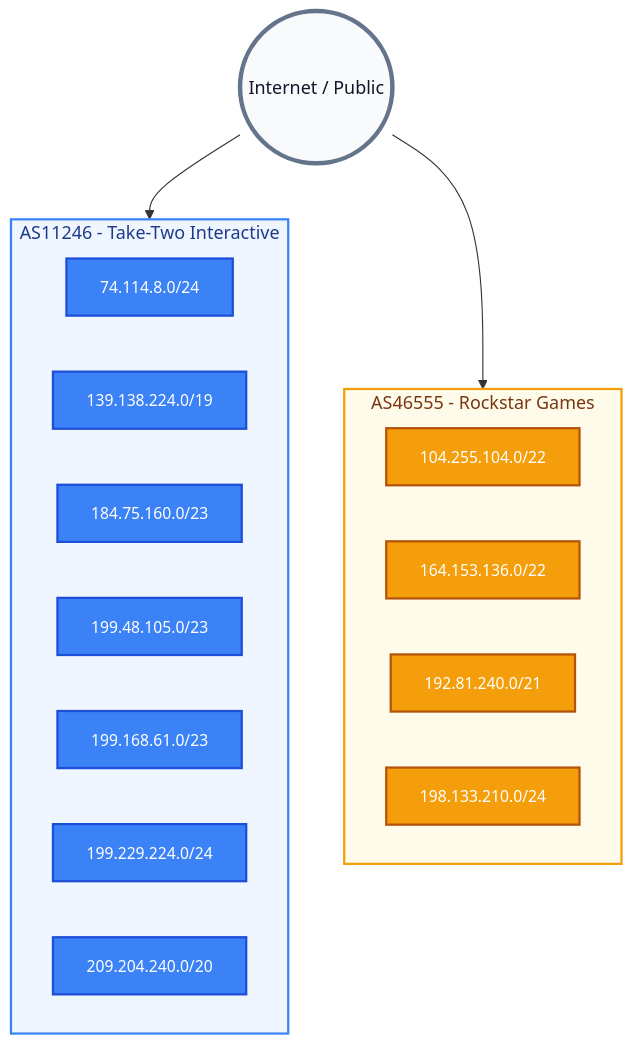
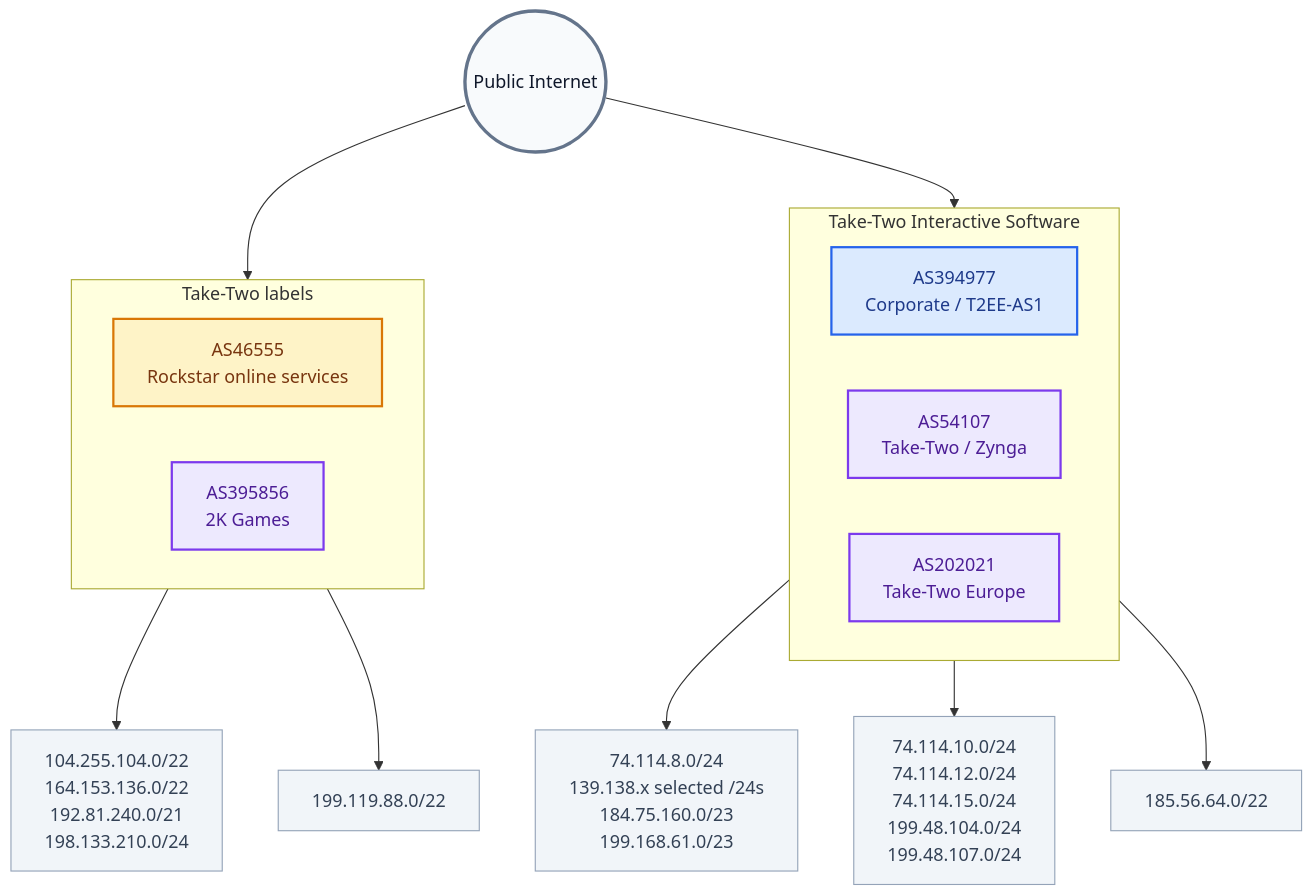
The diagram in README.md (ynwglobal/Take-Two), drawn with Mermaid before and after one commit. The commit also changed other lines of this file, not shown here.

````diff
--- a/README.md
+++ b/README.md
@@ -152,35 +171,32 @@
 ```mermaid
-graph TB
-    %% Global Styles
-    classDef internet fill:#f8fafc,stroke:#64748b,stroke-width:4px,color:#0f172a,font-size:16px;
-    classDef t2 fill:#3b82f6,stroke:#1d4ed8,stroke-width:2px,color:#ffffff,font-size:14px;
-    classDef rsg fill:#f59e0b,stroke:#b45309,stroke-width:2px,color:#ffffff,font-size:14px;
+flowchart TB
+    Internet((Public Internet)):::internet
 
-    Internet((Internet / Public)):::internet
-
-    subgraph T2_ASN [AS11246 - Take-Two Interactive]
+    subgraph T2["Take-Two Interactive Software"]
         direction LR
-        A1[74.114.8.0/24]:::t2
-        A2[139.138.224.0/19]:::t2
-        A3[184.75.160.0/23]:::t2
-        A4[199.48.105.0/23]:::t2
-        A5[199.168.61.0/23]:::t2
-        A6[199.229.224.0/24]:::t2
-        A7[209.204.240.0/20]:::t2
-    end
-    
-    subgraph RSG_ASN [AS46555 - Rockstar Games]
-        direction LR
-        B1[104.255.104.0/22]:::rsg
-        B2[164.153.136.0/22]:::rsg
-        B3[192.81.240.0/21]:::rsg
-        B4[198.133.210.0/24]:::rsg
+        Corp["AS394977<br/>Corporate / T2EE-AS1"]:::corporate
+        Zynga["AS54107<br/>Take-Two / Zynga"]:::label
+        Europe["AS202021<br/>Take-Two Europe"]:::label
     end
 
-    Internet --> T2_ASN
-    Internet --> RSG_ASN
+    subgraph Labels["Take-Two labels"]
+        direction LR
+        Rockstar["AS46555<br/>Rockstar online services"]:::rockstar
+        Games2K["AS395856<br/>2K Games"]:::label
+    end
 
-    %% Styling Subgraphs
-    style T2_ASN fill:#eff6ff,stroke:#3b82f6,stroke-width:2px,color:#1e3a8a
-    style RSG_ASN fill:#fffbeb,stroke:#f59e0b,stroke-width:2px,color:#78350f
+    Internet --> T2
+    Internet --> Labels
+
+    Corp --> CorporateRanges["74.114.8.0/24<br/>139.138.x selected /24s<br/>184.75.160.0/23<br/>199.168.61.0/23"]:::range
+    Rockstar --> RockstarRanges["104.255.104.0/22<br/>164.153.136.0/22<br/>192.81.240.0/21<br/>198.133.210.0/24"]:::range
+    Zynga --> ZyngaRanges["74.114.10.0/24<br/>74.114.12.0/24<br/>74.114.15.0/24<br/>199.48.104.0/24<br/>199.48.107.0/24"]:::range
+    Europe --> EuropeRanges["185.56.64.0/22"]:::range
+    Games2K --> Games2KRanges["199.119.88.0/22"]:::range
+
+    classDef internet fill:#f8fafc,stroke:#64748b,stroke-width:3px,color:#0f172a;
+    classDef corporate fill:#dbeafe,stroke:#2563eb,stroke-width:2px,color:#1e3a8a;
+    classDef rockstar fill:#fef3c7,stroke:#d97706,stroke-width:2px,color:#78350f;
+    classDef label fill:#ede9fe,stroke:#7c3aed,stroke-width:2px,color:#4c1d95;
+    classDef range fill:#f1f5f9,stroke:#94a3b8,stroke-width:1px,color:#334155;
 ```
````
